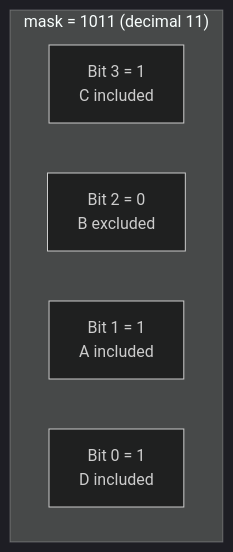
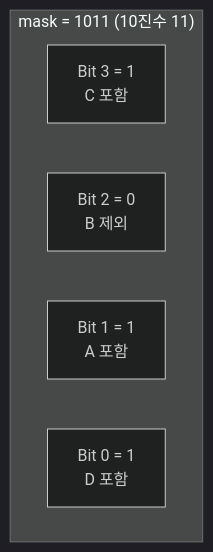
The first of 2 diagrams in _posts/algorithm/2026-03-07-bitmask.md (mandoobox/mandoobox.github.io), drawn with Mermaid (dark theme) before and after one commit. The commit also changed 24 other files, not shown here.

Commit message:
feat: mermaid kr

````diff
--- a/_posts/algorithm/2026-03-07-bitmask.md
+++ b/_posts/algorithm/2026-03-07-bitmask.md
@@ -106,9 +106,9 @@
 ```mermaid
 flowchart TD
-    subgraph "mask = 1011 (decimal 11)"
-        B3["Bit 3 = 1\nC included"]
-        B2["Bit 2 = 0\nB excluded"]
-        B1["Bit 1 = 1\nA included"]
-        B0["Bit 0 = 1\nD included"]
+    subgraph "mask = 1011 (10진수 11)"
+        B3["Bit 3 = 1\nC 포함"]
+        B2["Bit 2 = 0\nB 제외"]
+        B1["Bit 1 = 1\nA 포함"]
+        B0["Bit 0 = 1\nD 포함"]
     end
 ```
````
